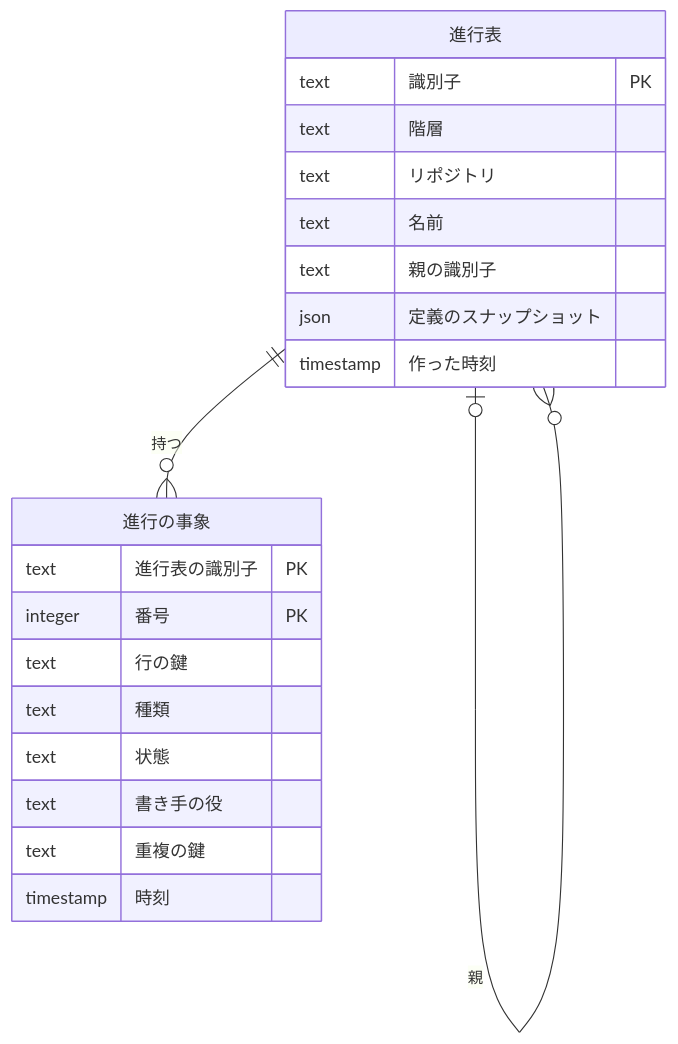
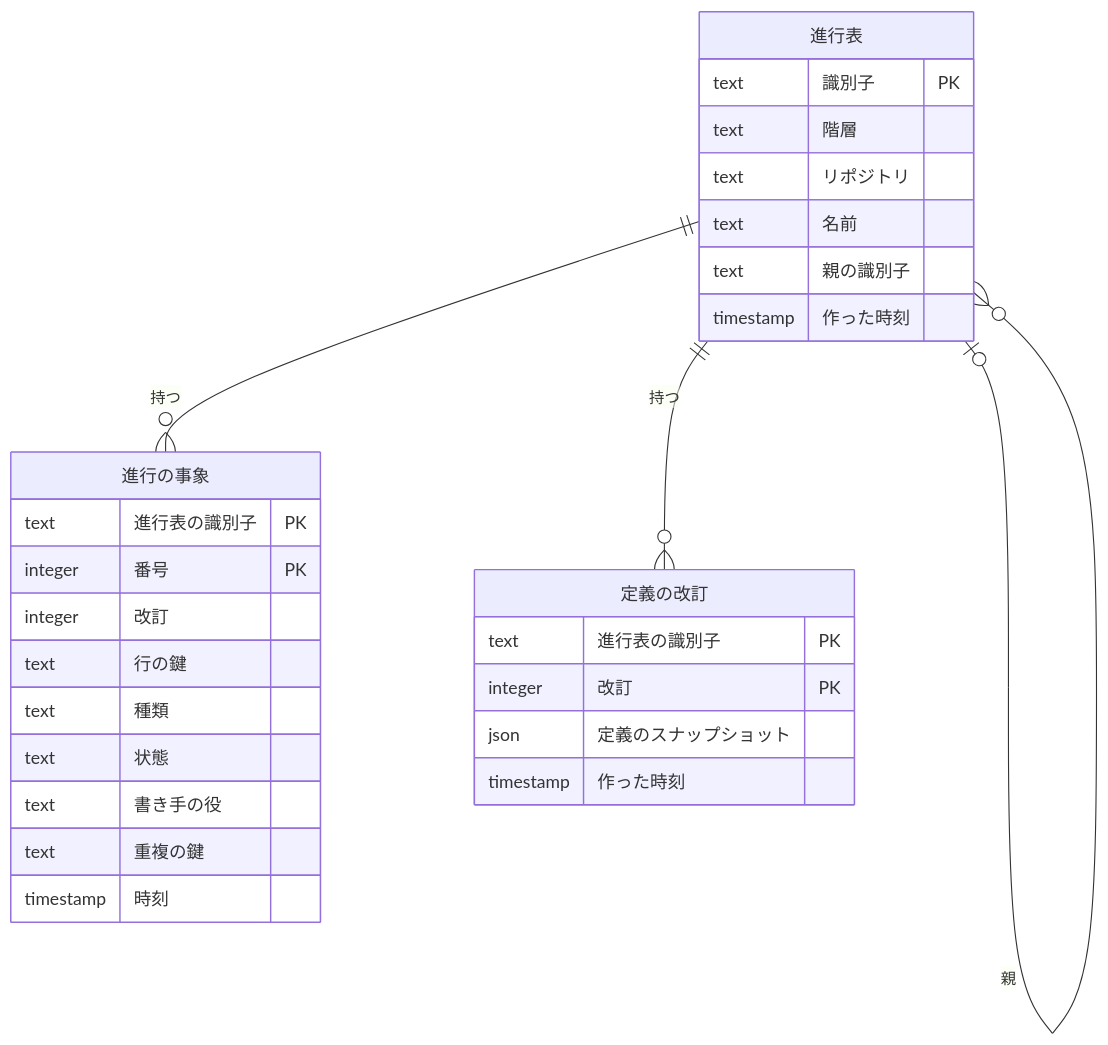
Before and after one commit to devbasex/ai-plugins: the third of 7 diagrams in issues/issue-3092-design-runtime.md, drawn with Mermaid. The commit also changed other lines of this file and 1 other file, not shown here.

````diff
--- a/issues/issue-3092-design-runtime.md
+++ b/issues/issue-3092-design-runtime.md
@@ -96,24 +96,31 @@
 ```mermaid
 erDiagram
     進行表 ||--o{ 進行の事象 : 持つ
+    進行表 ||--o{ 定義の改訂 : 持つ
     進行表 |o--o{ 進行表 : 親
     進行表 {
         text 識別子 PK
         text 階層
         text リポジトリ
         text 名前
         text 親の識別子
+        timestamp 作った時刻
+    }
+    定義の改訂 {
+        text 進行表の識別子 PK
+        integer 改訂 PK
         json 定義のスナップショット
         timestamp 作った時刻
     }
     進行の事象 {
         text 進行表の識別子 PK
         integer 番号 PK
+        integer 改訂
         text 行の鍵
         text 種類
         text 状態
         text 書き手の役
         text 重複の鍵
         timestamp 時刻
     }
 ```
````
